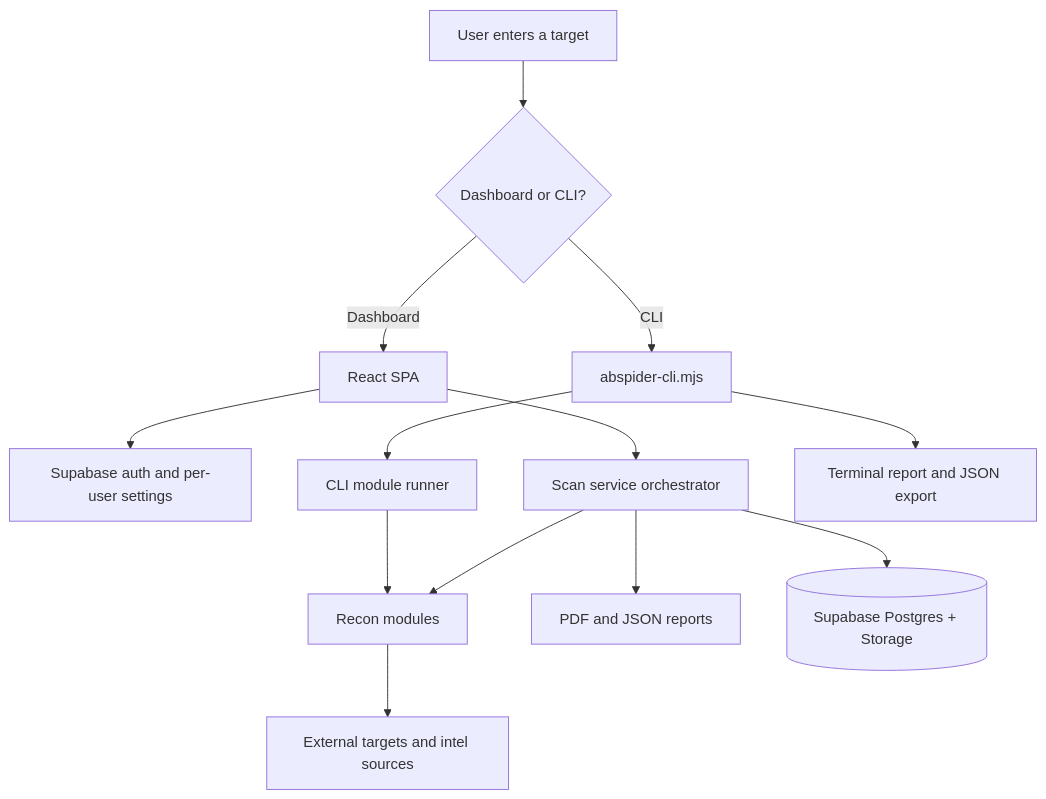
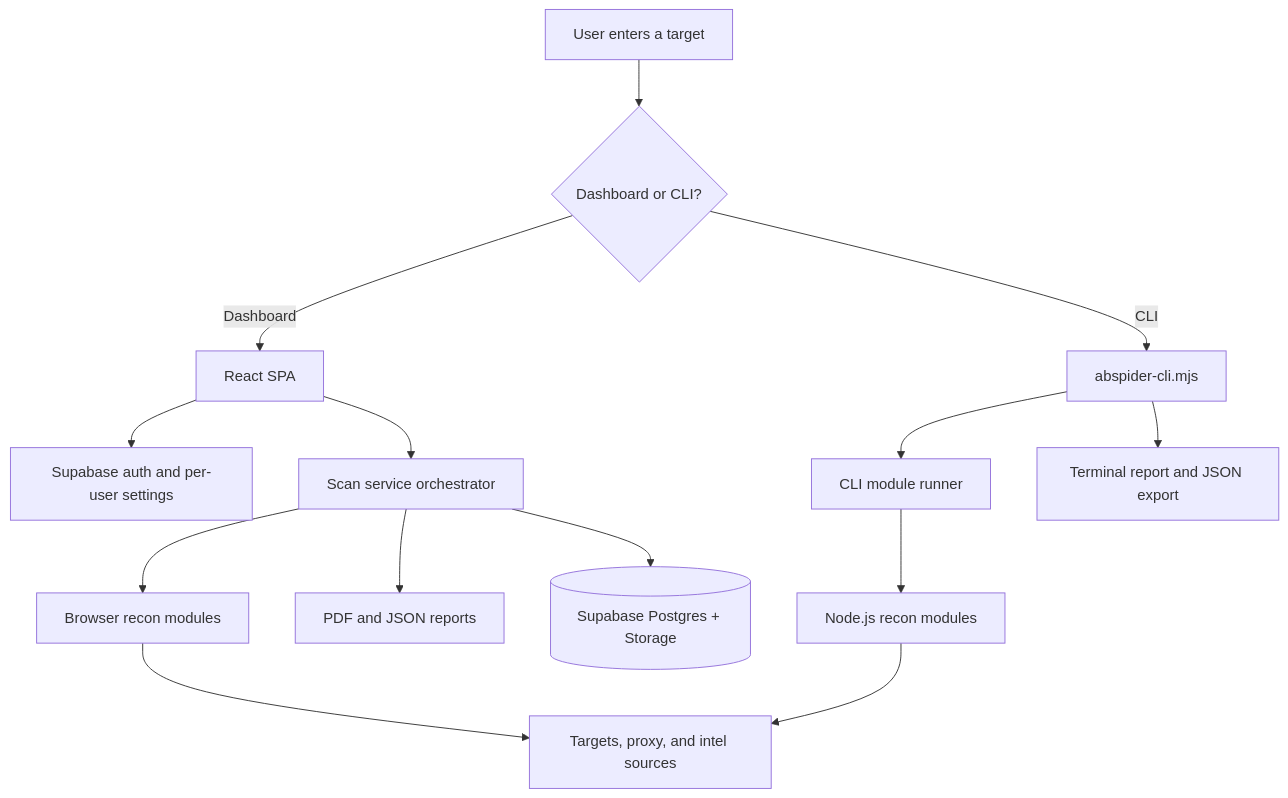
Before and after one commit to zanesense/abspider-recon: the first of 2 diagrams in README.md, drawn with Mermaid. The commit also changed other lines of this file and 3 other files, not shown here.

````diff
--- a/README.md
+++ b/README.md
@@ -163,15 +163,16 @@
 ```mermaid
 flowchart TD
     A[User enters a target] --> B{Dashboard or CLI?}
     B -- Dashboard --> D[React SPA]
     B -- CLI --> C[abspider-cli.mjs]
     D --> E[Supabase auth and per-user settings]
     D --> F[Scan service orchestrator]
     C --> M[CLI module runner]
-    F --> X[Recon modules]
-    M --> X
-    X --> Y[External targets and intel sources]
+    F --> X[Browser recon modules]
+    M --> N[Node.js recon modules]
+    X --> Y[Targets, proxy, and intel sources]
+    N --> Y
     F --> R[PDF and JSON reports]
     C --> J[Terminal report and JSON export]
     F --> DB[(Supabase Postgres + Storage)]
 ```
````
